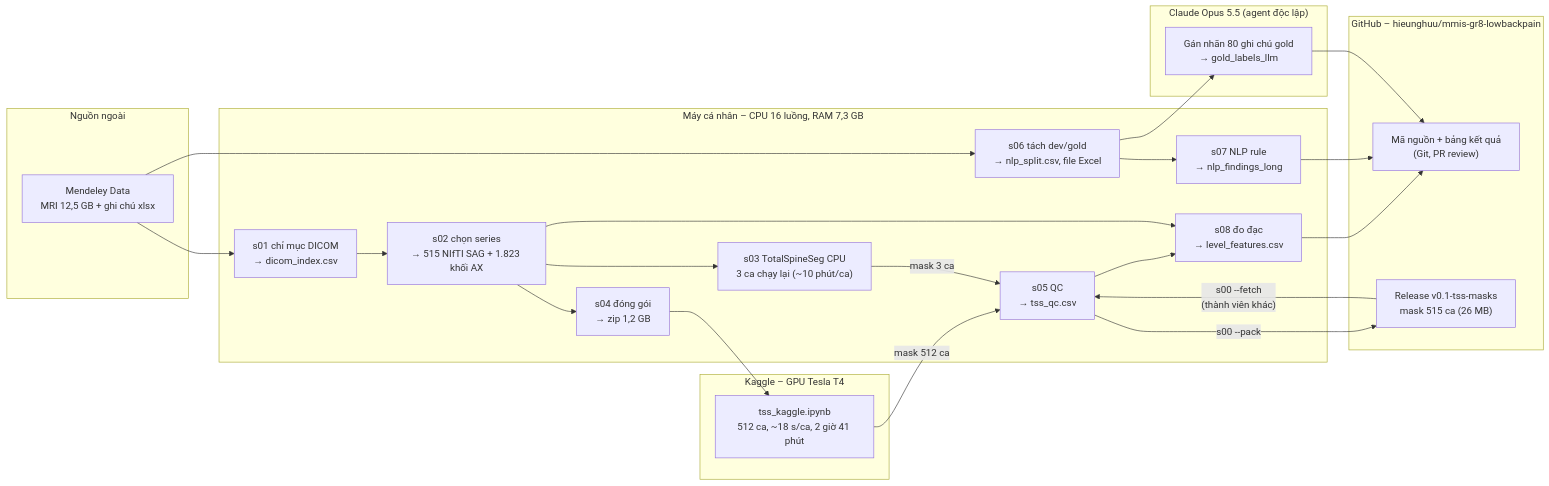
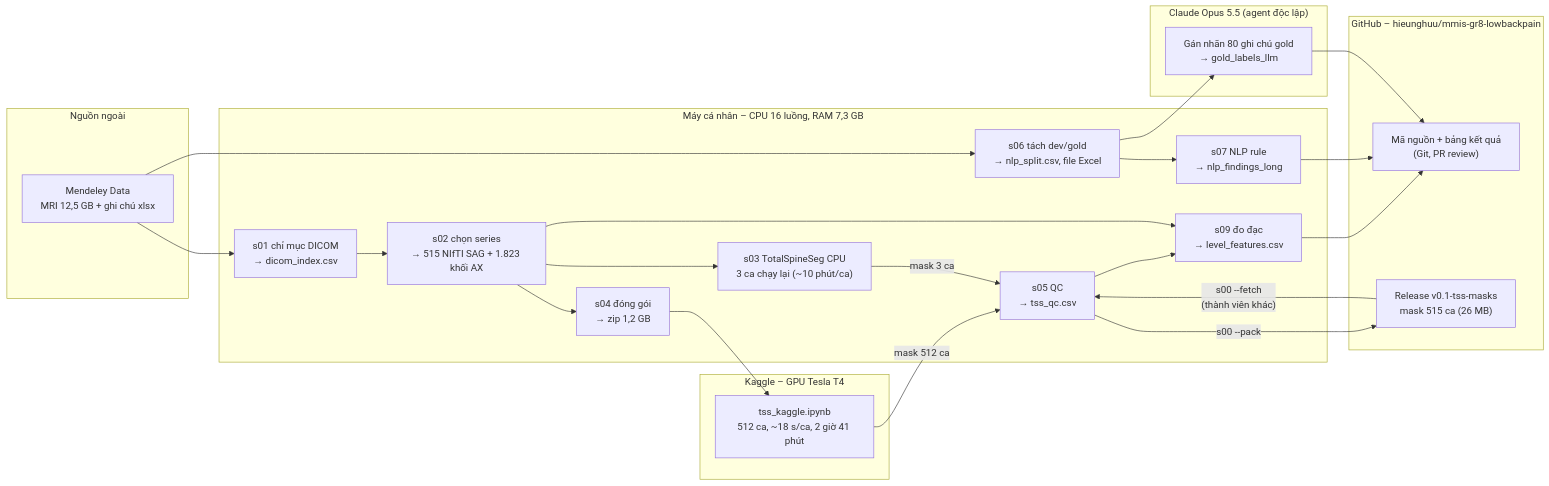
Before and after one commit to hieunghuu/mmis-gr8-lowbackpain: the second of 3 diagrams in totalspineseg/README.md, drawn with Mermaid. The commit also changed other lines of this file and 58 other files, not shown here.

````diff
--- a/totalspineseg/README.md
+++ b/totalspineseg/README.md
@@ -115,44 +117,44 @@
 ```mermaid
 flowchart LR
     subgraph EXT["Nguồn ngoài"]
         MEN["Mendeley Data<br/>MRI 12,5 GB + ghi chú xlsx"]
     end
 
     subgraph PC["Máy cá nhân – CPU 16 luồng, RAM 7,3 GB"]
         S01["s01 chỉ mục DICOM<br/>→ dicom_index.csv"]
         S02["s02 chọn series<br/>→ 515 NIfTI SAG + 1.823 khối AX"]
         S04["s04 đóng gói<br/>→ zip 1,2 GB"]
         S05["s05 QC<br/>→ tss_qc.csv"]
         S06["s06 tách dev/gold<br/>→ nlp_split.csv, file Excel"]
         S07["s07 NLP rule<br/>→ nlp_findings_long"]
-        S08["s08 đo đạc<br/>→ level_features.csv"]
+        S08["s09 đo đạc<br/>→ level_features.csv"]
         CPU3["s03 TotalSpineSeg CPU<br/>3 ca chạy lại (~10 phút/ca)"]
     end
 
     subgraph KG["Kaggle – GPU Tesla T4"]
         NB["tss_kaggle.ipynb<br/>512 ca, ~18 s/ca, 2 giờ 41 phút"]
     end
 
     subgraph AG["Claude Opus 5.5 (agent độc lập)"]
         ANN["Gán nhãn 80 ghi chú gold<br/>→ gold_labels_llm"]
     end
 
     subgraph GH["GitHub – hieunghuu/mmis-gr8-lowbackpain"]
         REPO["Mã nguồn + bảng kết quả<br/>(Git, PR review)"]
         REL["Release v0.1-tss-masks<br/>mask 515 ca (26 MB)"]
     end
 
     MEN --> S01 --> S02 --> S04 --> NB
     S02 --> CPU3
     NB -- "mask 512 ca" --> S05
     CPU3 -- "mask 3 ca" --> S05
     S05 --> S08
     S02 --> S08
     MEN --> S06 --> S07
     S06 --> ANN
     S05 -- "s00 --pack" --> REL
     REL -- "s00 --fetch<br/>(thành viên khác)" --> S05
     S08 --> REPO
     S07 --> REPO
     ANN --> REPO
 ```
````
